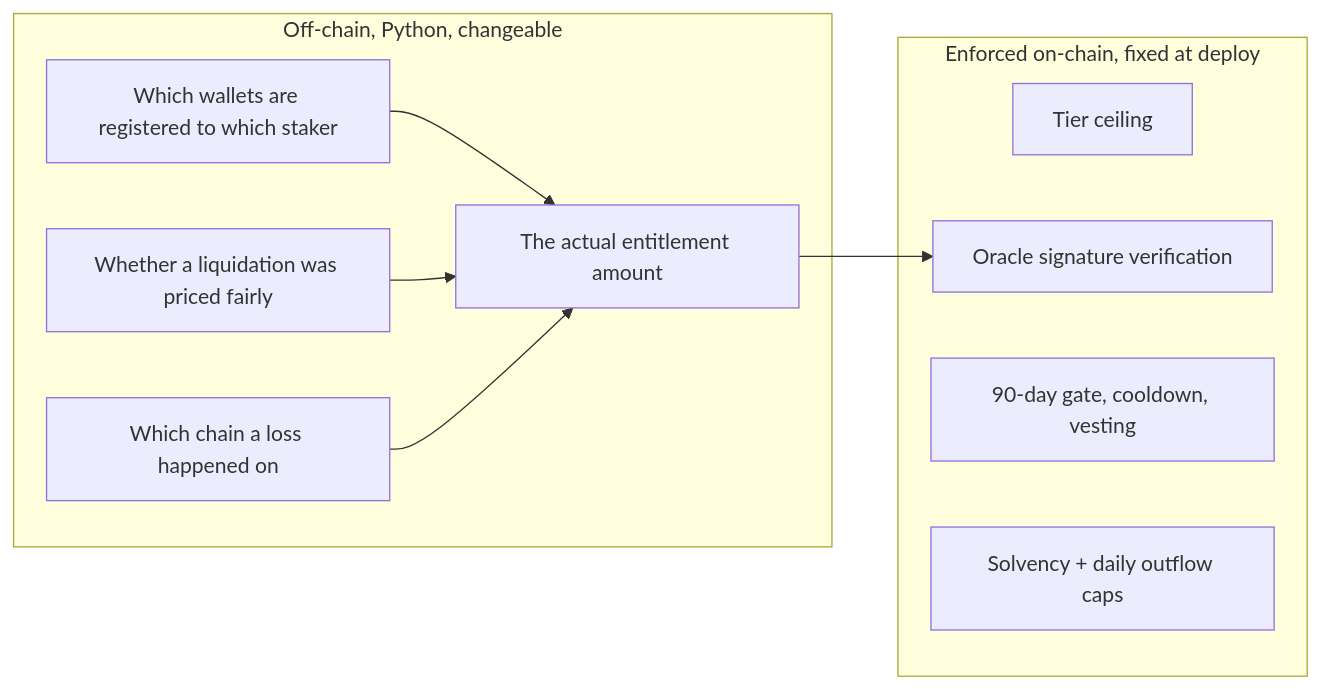
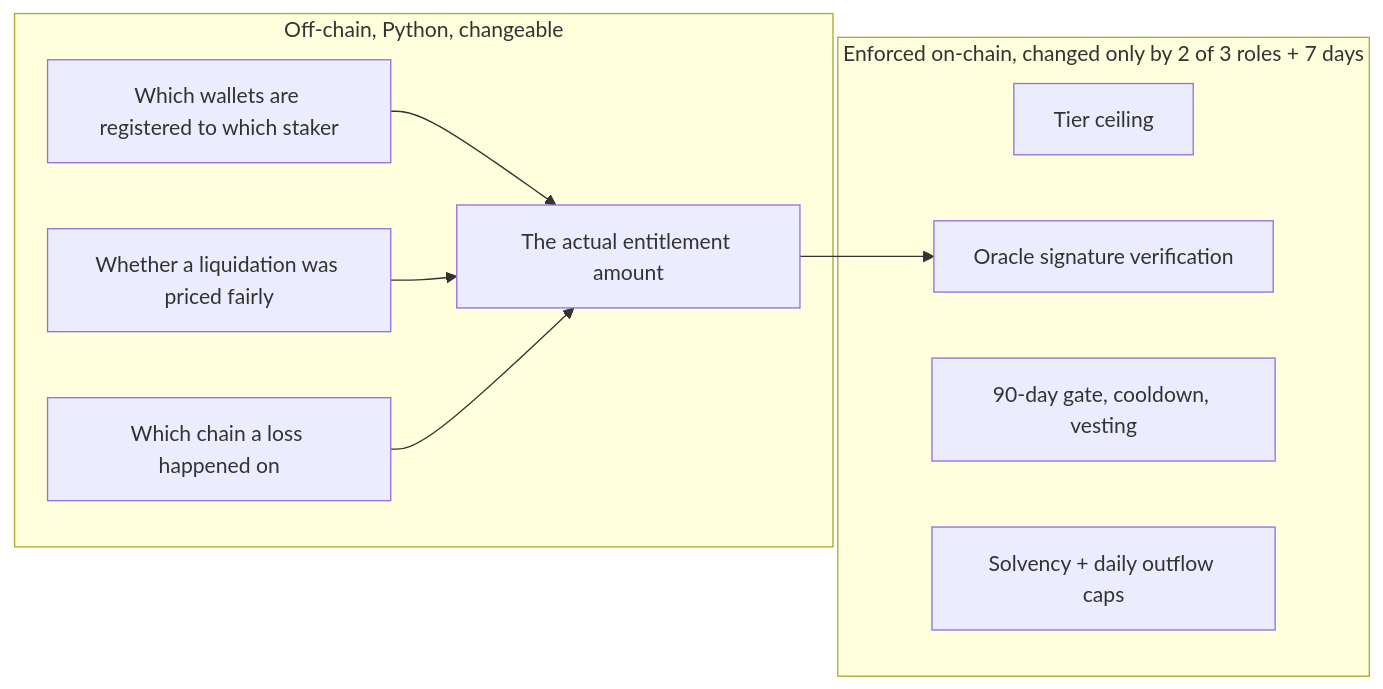
The third of 3 diagrams in docs/ARCHITECTURE.md (mrkanchwala/safu_multichain), drawn with Mermaid before and after one commit. The commit also changed other lines of this file and 5 other files, not shown here.

````diff
--- a/docs/ARCHITECTURE.md
+++ b/docs/ARCHITECTURE.md
@@ -88,21 +88,21 @@
 ```mermaid
 flowchart LR
-    subgraph enforced[Enforced on-chain, fixed at deploy]
+    subgraph enforced[Enforced on-chain, changed only by 2 of 3 roles + 7 days]
         A[Tier ceiling]
         B[Oracle signature verification]
         C[90-day gate, cooldown, vesting]
         D[Solvency + daily outflow caps]
     end
 
     subgraph trusted[Off-chain, Python, changeable]
         E[Which wallets are registered to which staker]
         F[Whether a liquidation was priced fairly]
         G[The actual entitlement amount]
         H[Which chain a loss happened on]
     end
 
     E --> G
     F --> G
     H --> G
     G --> B
 ```
````
